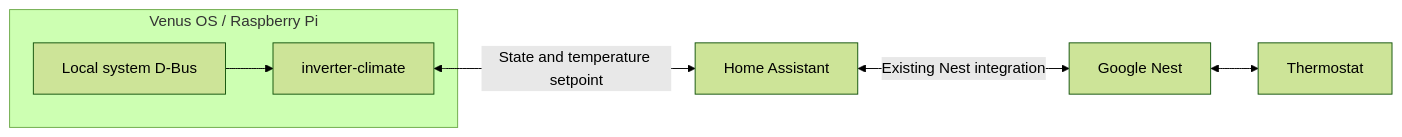
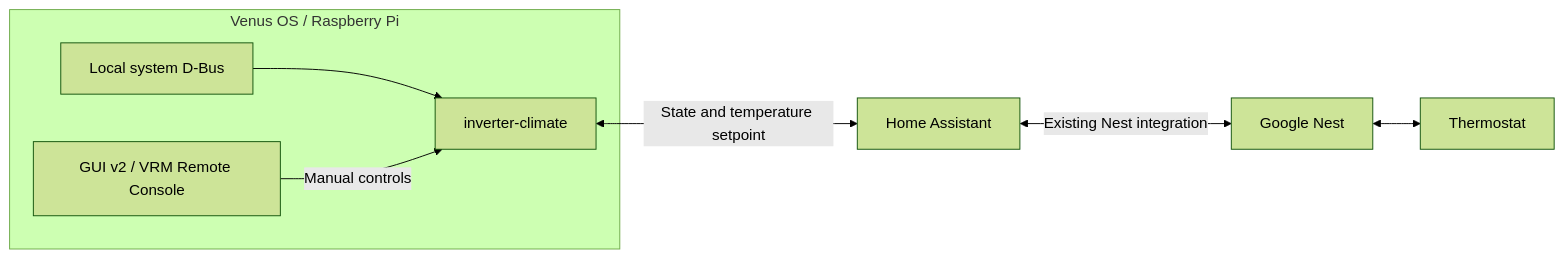
Before and after one commit to step-security-bot/victron-venus_inverter-climate: the diagram in README.md, drawn with Mermaid (forest theme). The commit also changed other lines of this file and 22 other files, not shown here.

````diff
--- a/README.md
+++ b/README.md
@@ -20,9 +23,10 @@
 ```mermaid
 flowchart LR
   subgraph Venus[Venus OS / Raspberry Pi]
     DBus[Local system D-Bus] --> Climate[inverter-climate]
+    GUI[GUI v2 / VRM Remote Console] -->|Manual controls| Climate
   end
   Climate <-->|State and temperature setpoint| HA[Home Assistant]
   HA <-->|Existing Nest integration| Google[Google Nest]
   Google <--> Thermostat[Thermostat]
 ```
````
